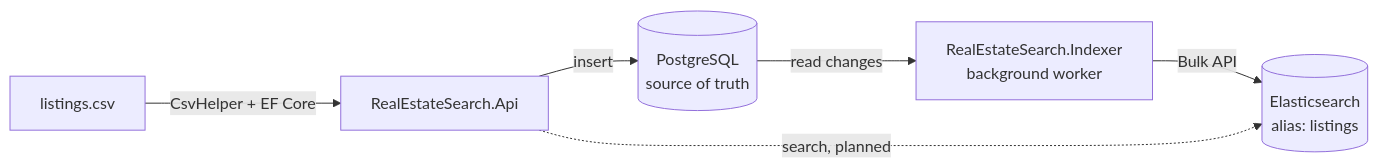
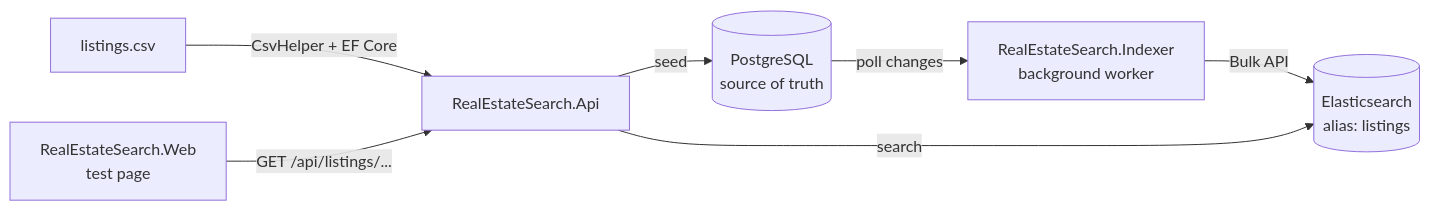
The diagram in README.md (kevinlee1989/RealEstateSearch), drawn with Mermaid before and after one commit. The commit also changed other lines of this file, not shown here.

````diff
--- a/README.md
+++ b/README.md
@@ -11,8 +9,9 @@
 ```mermaid
 flowchart LR
     CSV[listings.csv] -->|CsvHelper + EF Core| API[RealEstateSearch.Api]
-    API -->|insert| PG[(PostgreSQL<br/>source of truth)]
-    PG -->|read changes| IDX[RealEstateSearch.Indexer<br/>background worker]
+    API -->|seed| PG[(PostgreSQL<br/>source of truth)]
+    PG -->|poll changes| IDX[RealEstateSearch.Indexer<br/>background worker]
     IDX -->|Bulk API| ES[(Elasticsearch<br/>alias: listings)]
-    API -.->|search, planned| ES
+    WEB[RealEstateSearch.Web<br/>test page] -->|GET /api/listings/...| API
+    API -->|search| ES
 ```
````
